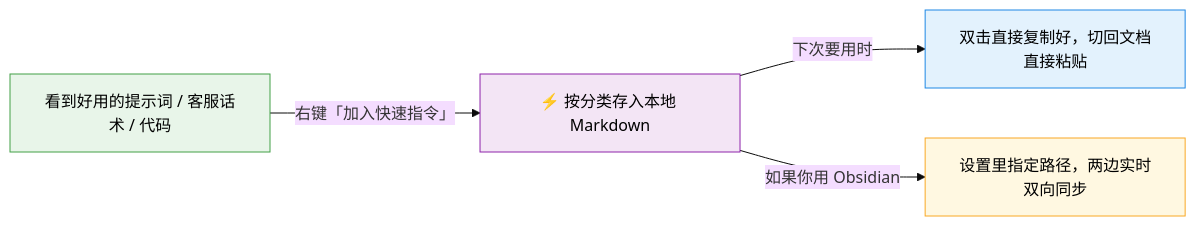
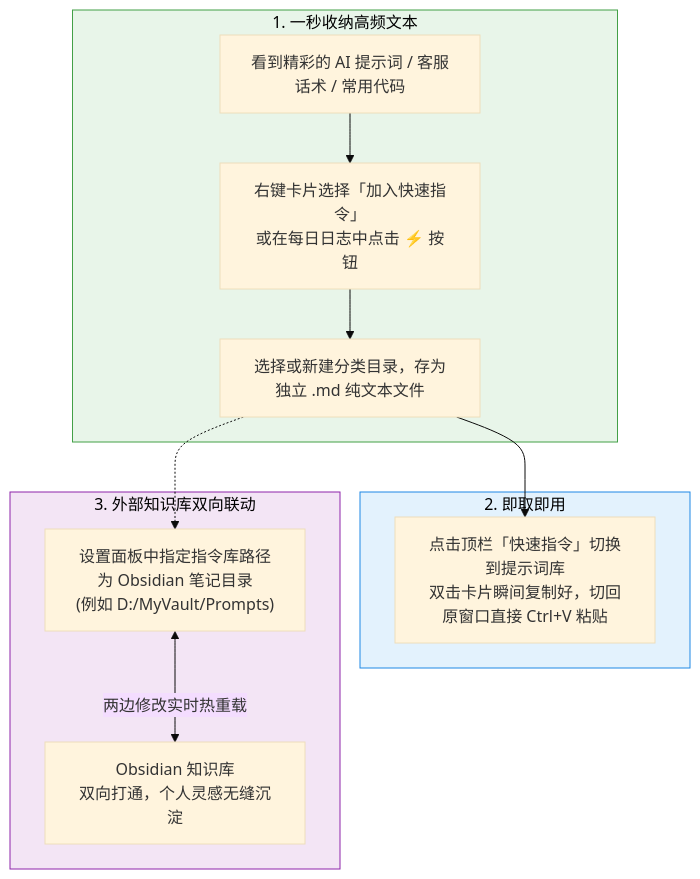
The sixth of 7 diagrams in README.md (CatBoss-Paw/EasyClipboard), drawn with Mermaid (base theme) before and after one commit. The commit also changed other lines of this file, not shown here.

Commit message:
docs: 完善README全景架构与六大核心特性的详细全链路Mermaid图解与精修话术

````diff
--- a/README.md
+++ b/README.md
@@ -166,11 +242,20 @@
 ```mermaid
-graph LR
-    A["看到好用的提示词 / 客服话术 / 代码"] -->|右键「加入快速指令」| B["⚡ 按分类存入本地 Markdown"]
-    B -->|下次要用时| C["双击直接复制好，切回文档直接粘贴"]
-    B -->|如果你用 Obsidian| D["设置里指定路径，两边实时双向同步"]
+graph TD
+    subgraph STORE_PROMPT ["1. 一秒收纳高频文本"]
+        RAW["看到精彩的 AI 提示词 / 客服话术 / 常用代码"] --> SAVE_ACT["右键卡片选择「加入快速指令」<br/>或在每日日志中点击 ⚡ 按钮"]
+        SAVE_ACT --> CATEGORY["选择或新建分类目录，存为独立 .md 纯文本文件"]
+    end
 
-    style A fill:#e8f5e9,stroke:#43a047,color:#000
-    style B fill:#f3e5f5,stroke:#8e24aa,color:#000
-    style C fill:#e3f2fd,stroke:#1e88e5,color:#000
-    style D fill:#fff8e1,stroke:#f9a825,color:#000
+    subgraph USE_PROMPT ["2. 即取即用"]
+        CATEGORY --> CALL_ACT["点击顶栏「快速指令」切换到提示词库<br/>双击卡片瞬间复制好，切回原窗口直接 Ctrl+V 粘贴"]
+    end
+
+    subgraph OBSIDIAN_SYNC ["3. 外部知识库双向联动"]
+        CATEGORY -.-> OBS_LINK["设置面板中指定指令库路径为 Obsidian 笔记目录<br/>(例如 D:/MyVault/Prompts)"]
+        OBS_LINK <-->|两边修改实时热重载| OBS_VAULT["Obsidian 知识库<br/>双向打通，个人灵感无缝沉淀"]
+    end
+
+    style STORE_PROMPT fill:#e8f5e9,stroke:#43a047,color:#000
+    style USE_PROMPT fill:#e3f2fd,stroke:#1e88e5,color:#000
+    style OBSIDIAN_SYNC fill:#f3e5f5,stroke:#8e24aa,color:#000
 ```
````
